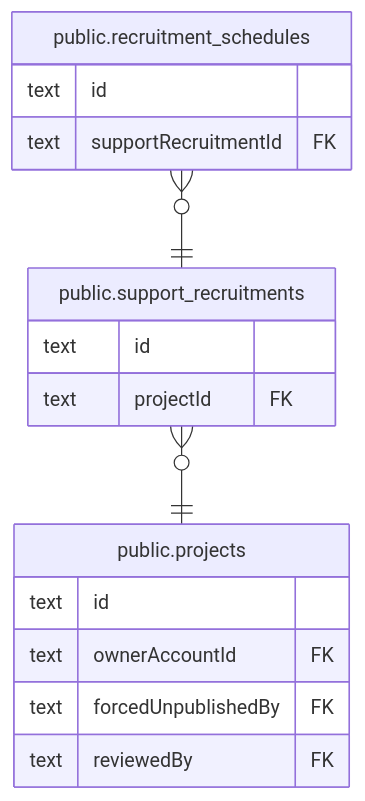
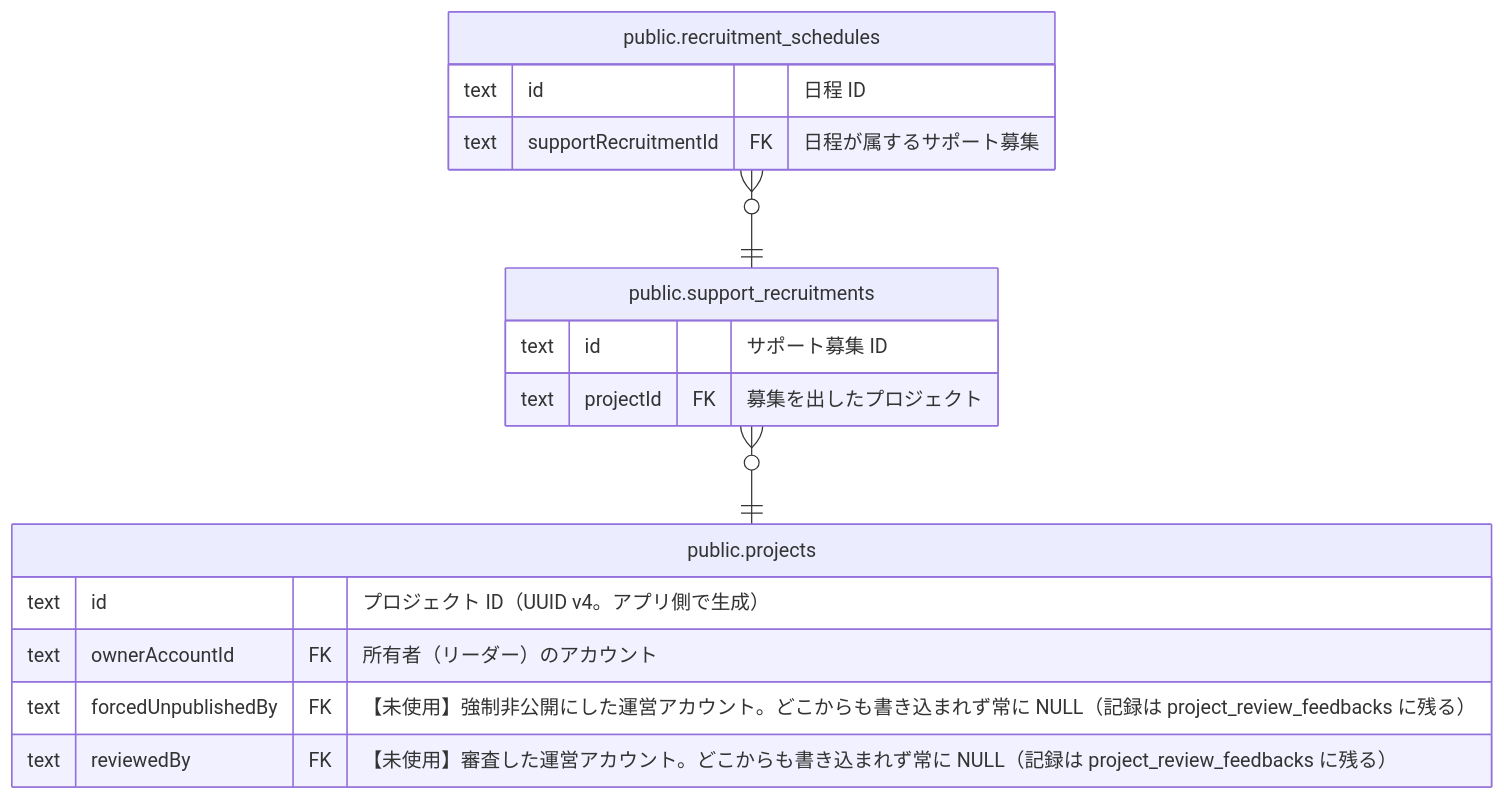
The diagram in docs/db/public.support_recruitments.md (Physicalfunding/PhysiFun), drawn with Mermaid before and after one commit. The commit also changed other lines of this file and 23 other files, not shown here.

````diff
--- a/docs/db/public.support_recruitments.md
+++ b/docs/db/public.support_recruitments.md
@@ -37,21 +41,21 @@
 ```mermaid
 erDiagram
 
 "public.recruitment_schedules" }o--|| "public.support_recruitments" : ""
 "public.support_recruitments" }o--|| "public.projects" : ""
 
 "public.support_recruitments" {
-  text id ""
-  text projectId FK ""
+  text id "サポート募集 ID"
+  text projectId FK "募集を出したプロジェクト"
 }
 "public.recruitment_schedules" {
-  text id ""
-  text supportRecruitmentId FK ""
+  text id "日程 ID"
+  text supportRecruitmentId FK "日程が属するサポート募集"
 }
 "public.projects" {
-  text id ""
-  text ownerAccountId FK ""
-  text forcedUnpublishedBy FK ""
-  text reviewedBy FK ""
+  text id "プロジェクト ID（UUID v4。アプリ側で生成）"
+  text ownerAccountId FK "所有者（リーダー）のアカウント"
+  text forcedUnpublishedBy FK "【未使用】強制非公開にした運営アカウント。どこからも書き込まれず常に NULL（記録は project_review_feedbacks に残る）"
+  text reviewedBy FK "【未使用】審査した運営アカウント。どこからも書き込まれず常に NULL（記録は project_review_feedbacks に残る）"
 }
 ```
````
